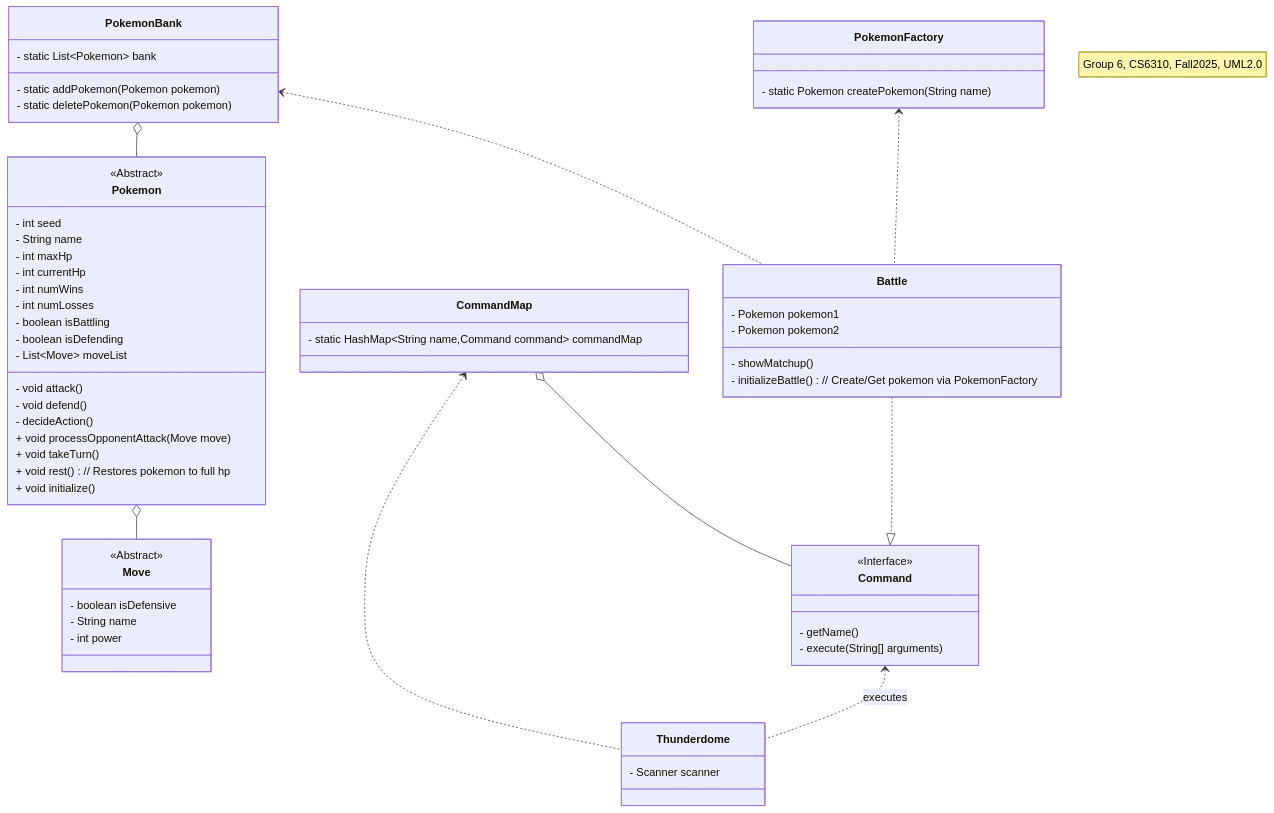
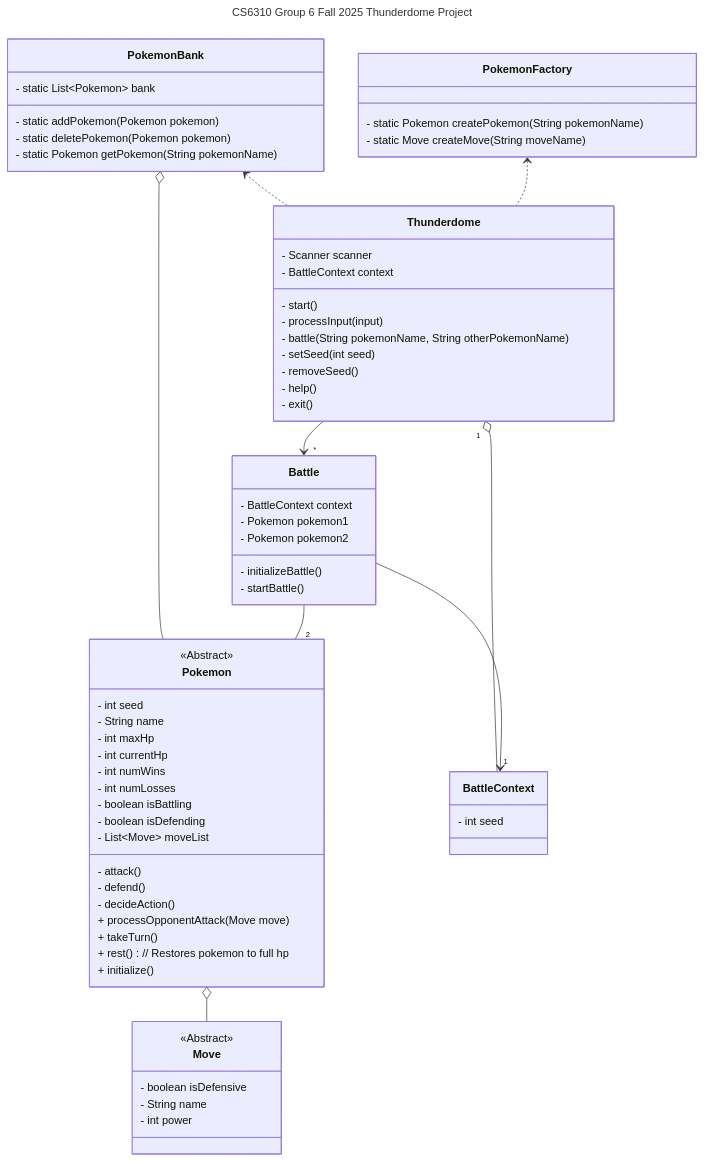
Before and after one commit to seantdeitrich/OMSCS-Notes: the diagram in OMSCS-Notes/CS6310 - Software Architecture & Design/Project/Class Diagram.md, drawn with Mermaid. The commit also changed other lines of this file, not shown here.

Commit message:
revised class diagram

````diff
--- a/OMSCS-Notes/CS6310 - Software Architecture & Design/Project/Class Diagram.md
+++ b/OMSCS-Notes/CS6310 - Software Architecture & Design/Project/Class Diagram.md
@@ -1,74 +1,78 @@
 ```mermaid
+--- 
+title: CS6310 Group 6 Fall 2025 Thunderdome Project
+---
 classDiagram
-	note "Group 6, CS6310, Fall2025, UML2.0"
-	Pokemon o-- Move
-	PokemonBank o-- Pokemon
-	CommandMap o-- Command
-	CommandMap <.. Thunderdome
-	Command <.. Thunderdome : executes
-	PokemonBank <.. Battle
-	Battle ..|> Command
-	PokemonFactory <.. Battle
+    PokemonBank <.. Thunderdome
+    PokemonFactory <.. Thunderdome
+    PokemonBank o-- Pokemon
+    Pokemon o-- Move
+    Thunderdome "1" o-- "1" BattleContext
+    Thunderdome --> "*" Battle
+    Battle -- "2" Pokemon
+    Battle --> BattleContext
 
-	class Move{
-		<<Abstract>>
-		- boolean isDefensive
-		- String name
-		- int power
-	}
-	
-	class Pokemon{
-		<<Abstract>>
-		- int seed
-		- String name
-		- int maxHp
-		- int currentHp
-		- int numWins
-		- int numLosses
-		- boolean isBattling
-		- boolean isDefending
-		- List~Move~ moveList
-		- void attack() 
-		- void defend()
-		- decideAction()
-		+ void processOpponentAttack(Move move)
-		+ void takeTurn()
-		+ void rest() // Restores pokemon to full hp
-		+ void initialize()
-	}
-	
-	class PokemonBank{
-		- static List~Pokemon~ bank
-		- static addPokemon(Pokemon pokemon)
-		- static deletePokemon(Pokemon pokemon)
-	}
-	
-	class PokemonFactory{
-		- static Pokemon createPokemon(String name)
-	}
-		
-	class Thunderdome{
-		- Scanner scanner
-	}
-	
-	class Command{
-		<<Interface>>
-		- getName()
-		- execute(String[] arguments)
-	}
-	
-	class Battle{
-		- Pokemon pokemon1
-		- Pokemon pokemon2
-		- showMatchup()
-	    - initializeBattle() // Create/Get pokemon via PokemonFactory
-	}
-	
-		
-	class CommandMap{
-		- static HashMap~String name,Command command~ commandMap
-	}
-	
+    class Move {
+        <<Abstract>>
+        - boolean isDefensive
+        - String name
+        - int power
+    }
 
+    class Pokemon {
+        <<Abstract>>
+        - int seed
+        - String name
+        - int maxHp
+        - int currentHp
+        - int numWins
+        - int numLosses
+        - boolean isBattling
+        - boolean isDefending
+        - List~Move~ moveList
+        - attack()
+        - defend()
+        - decideAction()
+        + processOpponentAttack(Move move)
+        + takeTurn()
+        + rest() // Restores pokemon to full hp
+        + initialize()
+    }
+
+    class PokemonBank {
+        - static List~Pokemon~ bank
+        - static addPokemon(Pokemon pokemon)
+        - static deletePokemon(Pokemon pokemon)
+        - static Pokemon getPokemon(String pokemonName)
+    }
+
+    class PokemonFactory {
+        - static Pokemon createPokemon(String pokemonName)
+        - static Move createMove(String moveName)
+    }
+
+    class Thunderdome {
+        - Scanner scanner
+        - BattleContext context
+        - start()
+        - processInput(input)
+        - battle(String pokemonName, String otherPokemonName)
+        - setSeed(int seed)
+        - removeSeed()
+        - help()
+        - exit()
+    }
+
+    class BattleContext {
+        - int seed
+    }
+
+    class Battle {
+        - BattleContext context
+        - Pokemon pokemon1
+        - Pokemon pokemon2
+        - initializeBattle()
+        - startBattle()
+    }
 
 ```
````
